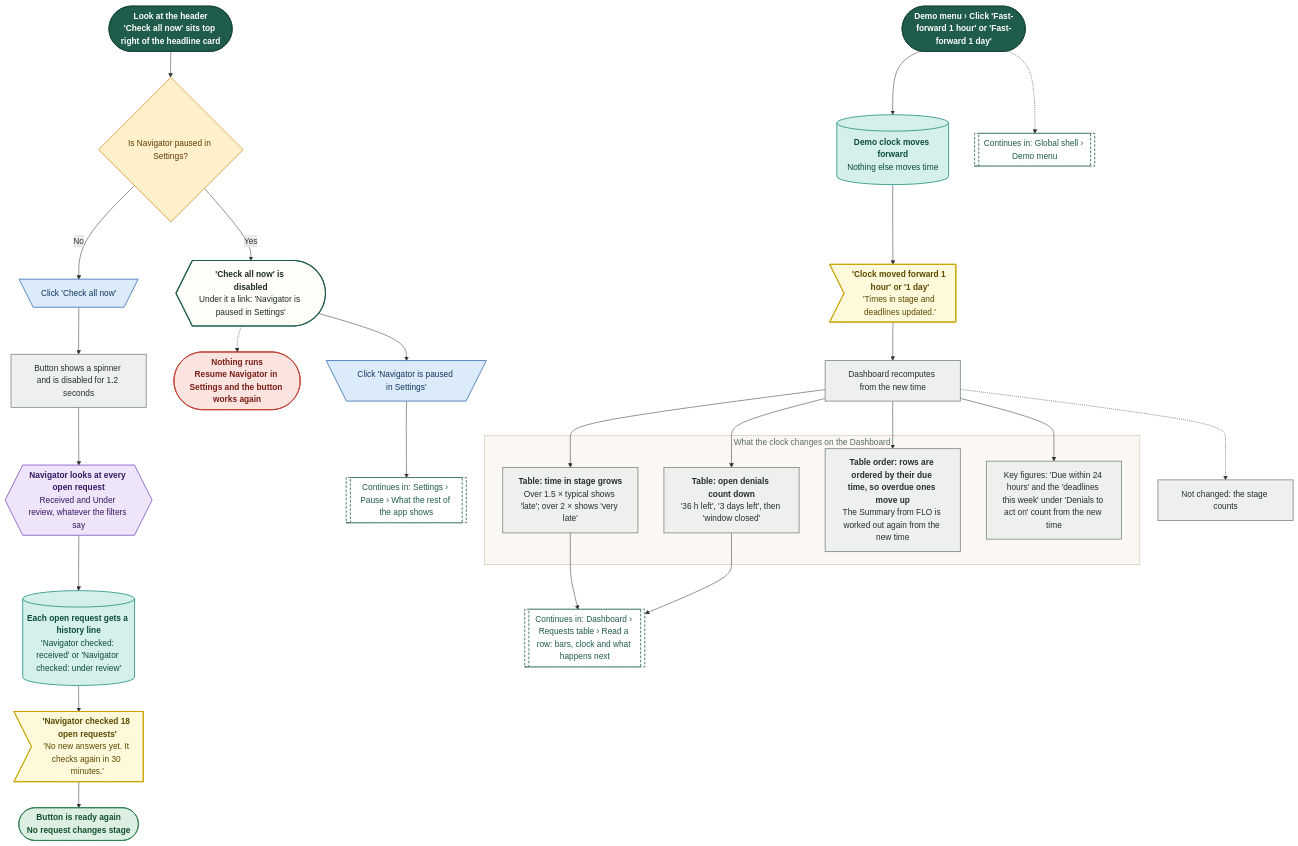
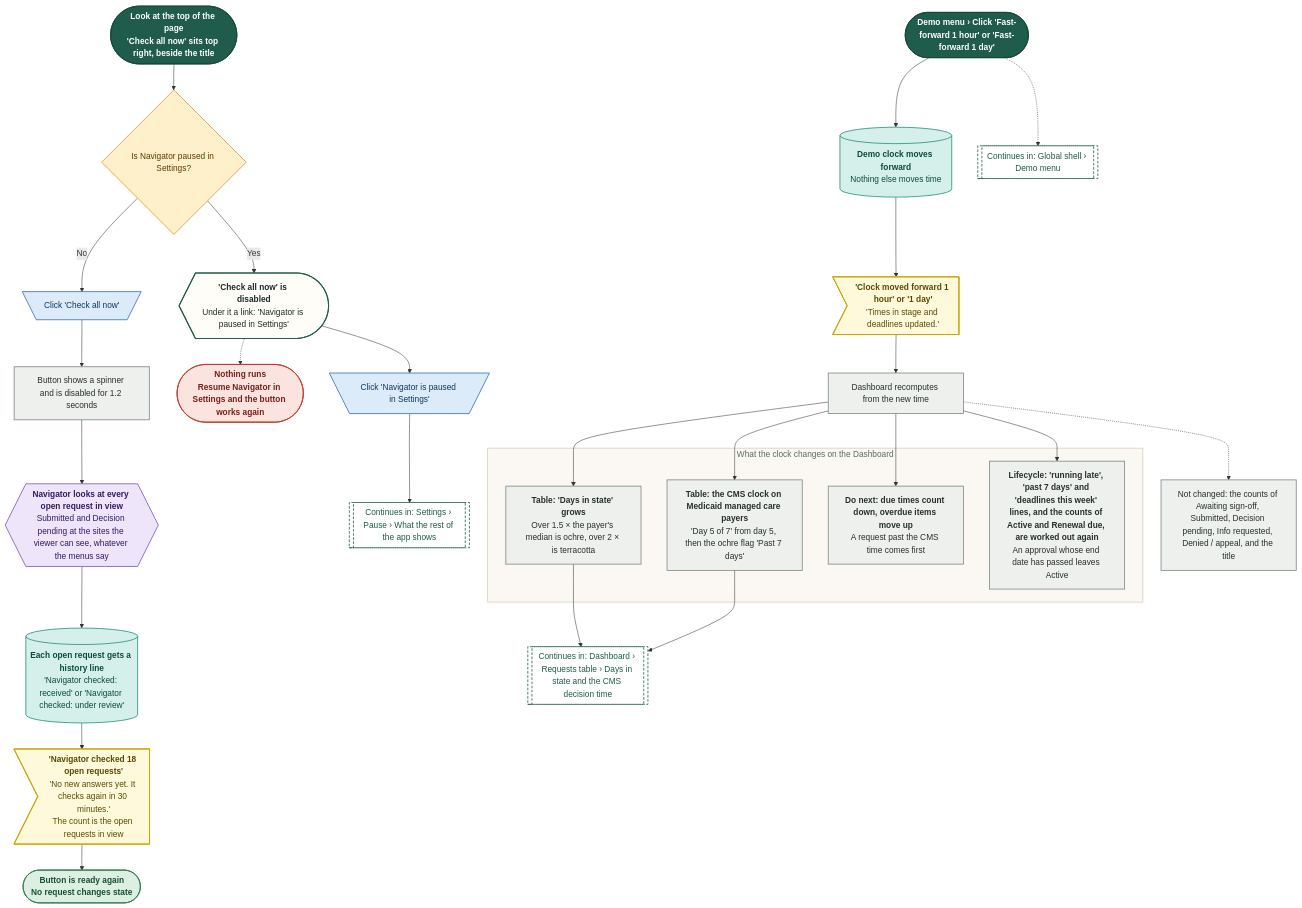
One commit to Shrav143/psyfloapp changed the third of 21 diagrams in demos/prior-auth-demo/workflows/out/md/02-dashboard.md. Above: the diagram before and after it, drawn with Mermaid. The commit also changed other lines of this file and 251 other files, not shown here.

First line of the commit message:
docs: rebuild the workflow diagrams (291) for round 4

````diff
--- a/demos/prior-auth-demo/workflows/out/md/02-dashboard.md
+++ b/demos/prior-auth-demo/workflows/out/md/02-dashboard.md
@@ -182,67 +173,67 @@
 ```mermaid
 %%{init: {"theme":"base","themeVariables":{"fontFamily":"'DM Sans', 'Segoe UI', system-ui, sans-serif","fontSize":"15px","lineColor":"#5B6B63","primaryTextColor":"#1C2B25","clusterBkg":"#FBF8F3","clusterBorder":"#D9CDBB","edgeLabelBackground":"#FFFFFF"},"flowchart":{"curve":"basis","nodeSpacing":36,"rankSpacing":48,"padding":12,"htmlLabels":true,"useMaxWidth":false,"wrappingWidth":230}} }%%
 flowchart TD
   classDef k_start fill:#1F5C4B,stroke:#174638,color:#FFFFFF,stroke-width:1.5px,font-weight:600
   classDef k_end fill:#DDEFE3,stroke:#2E7D4F,color:#14502F,stroke-width:1.5px,font-weight:600
   classDef k_endx fill:#FBE3E0,stroke:#C0392B,color:#7A1F16,stroke-width:1.5px,font-weight:600
   classDef k_screen fill:#FFFDF8,stroke:#1F5C4B,color:#1C2B25,stroke-width:2px
   classDef k_overlay fill:#F1F7F3,stroke:#1F5C4B,color:#1C2B25,stroke-width:2px,stroke-dasharray:5 3
   classDef k_click fill:#DCEBFA,stroke:#2F6DB5,color:#12365F,stroke-width:1.5px
   classDef k_input fill:#E4E7FF,stroke:#4C5FD5,color:#1D2670,stroke-width:1.5px
   classDef k_process fill:#EEF0EE,stroke:#7A857F,color:#26302B,stroke-width:1.5px
   classDef k_agent fill:#EEE5FA,stroke:#7A4FC2,color:#341A63,stroke-width:1.5px
   classDef k_decision fill:#FFF0CC,stroke:#D9962B,color:#5C3B00,stroke-width:1.5px
   classDef k_store fill:#D5F0EA,stroke:#1C8E7B,color:#0B4A3F,stroke-width:1.5px
   classDef k_doc fill:#F6E9DC,stroke:#B07A4C,color:#4A2E14,stroke-width:1.5px
   classDef k_ext fill:#FFE6D2,stroke:#E07B39,color:#6B2F06,stroke-width:1.5px
   classDef k_wait fill:#E4E8EE,stroke:#6B7C93,color:#26303D,stroke-width:1.5px
   classDef k_toast fill:#FFF9DB,stroke:#C9A400,color:#5A4A00,stroke-width:1.5px
   classDef k_goto fill:#FFFFFF,stroke:#1F5C4B,color:#1F5C4B,stroke-width:1.5px,stroke-dasharray:5 3
-  s0@{ shape: stadium, label: "<b>Look at the header</b><br/>'Check all now' sits top right of the headline card" }
+  s0@{ shape: stadium, label: "<b>Look at the top of the page</b><br/>'Check all now' sits top right, beside the title" }
   dp@{ shape: diam, label: "Is Navigator paused in Settings?" }
   sp@{ shape: curv-trap, label: "<b>'Check all now' is disabled</b><br/>Under it a link: 'Navigator is paused in Settings'" }
   cs@{ shape: trap-t, label: "Click 'Navigator is paused in Settings'" }
   gs@{ shape: subproc, label: "Continues in: Settings › Pause › What the rest of the app shows" }
   xs@{ shape: stadium, label: "<b>Nothing runs</b><br/>Resume Navigator in Settings and the button works again" }
   s1@{ shape: trap-t, label: "Click 'Check all now'" }
   p1@{ shape: rect, label: "Button shows a spinner and is disabled for 1.2 seconds" }
-  a1@{ shape: hex, label: "<b>Navigator looks at every open request</b><br/>Received and Under review, whatever the filters say" }
+  a1@{ shape: hex, label: "<b>Navigator looks at every open request in view</b><br/>Submitted and Decision pending at the sites the viewer can see, whatever the menus say" }
   w1@{ shape: cyl, label: "<b>Each open request gets a history line</b><br/>'Navigator checked: received' or 'Navigator checked: under review'" }
-  t1@{ shape: odd, label: "<b>'Navigator checked 18 open requests'</b><br/>'No new answers yet. It checks again in 30 minutes.'" }
-  e1@{ shape: stadium, label: "<b>Button is ready again</b><br/>No request changes stage" }
+  t1@{ shape: odd, label: "<b>'Navigator checked 18 open requests'</b><br/>'No new answers yet. It checks again in 30 minutes.'<br/>The count is the open requests in view" }
+  e1@{ shape: stadium, label: "<b>Button is ready again</b><br/>No request changes state" }
   s2@{ shape: stadium, label: "Demo menu › Click 'Fast-forward 1 hour' or 'Fast-forward 1 day'" }
   c1@{ shape: cyl, label: "<b>Demo clock moves forward</b><br/>Nothing else moves time" }
   t2@{ shape: odd, label: "<b>'Clock moved forward 1 hour' or '1 day'</b><br/>'Times in stage and deadlines updated.'" }
   p2@{ shape: rect, label: "Dashboard recomputes from the new time" }
   subgraph gClock ["What the clock changes on the Dashboard"]
-  r1@{ shape: rect, label: "<b>Table: time in stage grows</b><br/>Over 1.5 × typical shows 'late'; over 2 × shows 'very late'" }
-  r2@{ shape: rect, label: "<b>Table: open denials count down</b><br/>'36 h left', '3 days left', then 'window closed'" }
-  r3@{ shape: rect, label: "<b>Table order: rows are ordered by their due time, so overdue ones move up</b><br/>The Summary from FLO is worked out again from the new time" }
-  r4@{ shape: rect, label: "Key figures: 'Due within 24 hours' and the 'deadlines this week' under 'Denials to act on' count from the new time" }
+  r1@{ shape: rect, label: "<b>Table: 'Days in state' grows</b><br/>Over 1.5 × the payer's median is ochre, over 2 × is terracotta" }
+  r2@{ shape: rect, label: "<b>Table: the CMS clock on Medicaid managed care payers</b><br/>'Day 5 of 7' from day 5, then the ochre flag 'Past 7 days'" }
+  r3@{ shape: rect, label: "<b>Do next: due times count down, overdue items move up</b><br/>A request past the CMS time comes first" }
+  r4@{ shape: rect, label: "<b>Lifecycle: 'running late', 'past 7 days' and 'deadlines this week' lines, and the counts of Active and Renewal due, are worked out again</b><br/>An approval whose end date has passed leaves Active" }
   end
-  p3@{ shape: rect, label: "Not changed: the stage counts" }
+  p3@{ shape: rect, label: "Not changed: the counts of Awaiting sign-off, Submitted, Decision pending, Info requested, Denied / appeal, and the title" }
   g1@{ shape: subproc, label: "Continues in: Global shell › Demo menu" }
-  g2@{ shape: subproc, label: "Continues in: Dashboard › Requests table › Read a row: bars, clock and what happens next" }
+  g2@{ shape: subproc, label: "Continues in: Dashboard › Requests table › Days in state and the CMS decision time" }
   s0 --> dp
   dp -->|"No"| s1 --> p1 --> a1 --> w1 --> t1 --> e1
   dp -->|"Yes"| sp --> cs --> gs
   sp -.-> xs
   s2 --> c1 --> t2 --> p2
   p2 --> r1 & r2 & r3 & r4
   r1 --> g2
   r2 --> g2
   p2 -.-> p3
   s2 -.-> g1
   class s0,s2 k_start
   class dp k_decision
   class sp k_screen
   class cs,s1 k_click
   class gs,g1,g2 k_goto
   class xs k_endx
   class p1,p2,r1,r2,r3,r4,p3 k_process
   class a1 k_agent
   class w1,c1 k_store
   class t1,t2 k_toast
   class e1 k_end
   style gClock fill:#FBF8F3,stroke:#D9CDBB,stroke-width:1.5px,color:#5B6B63
 ```
````
